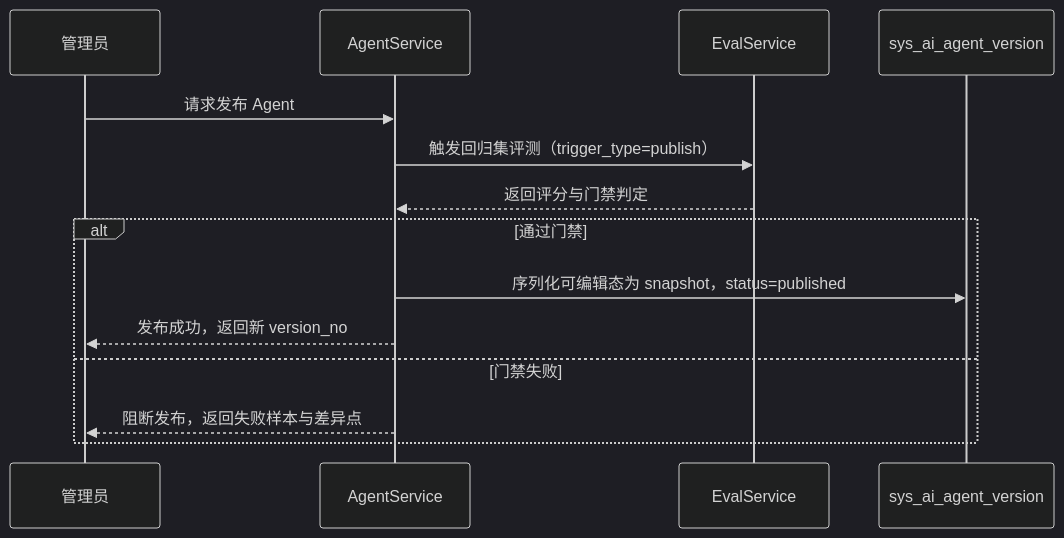
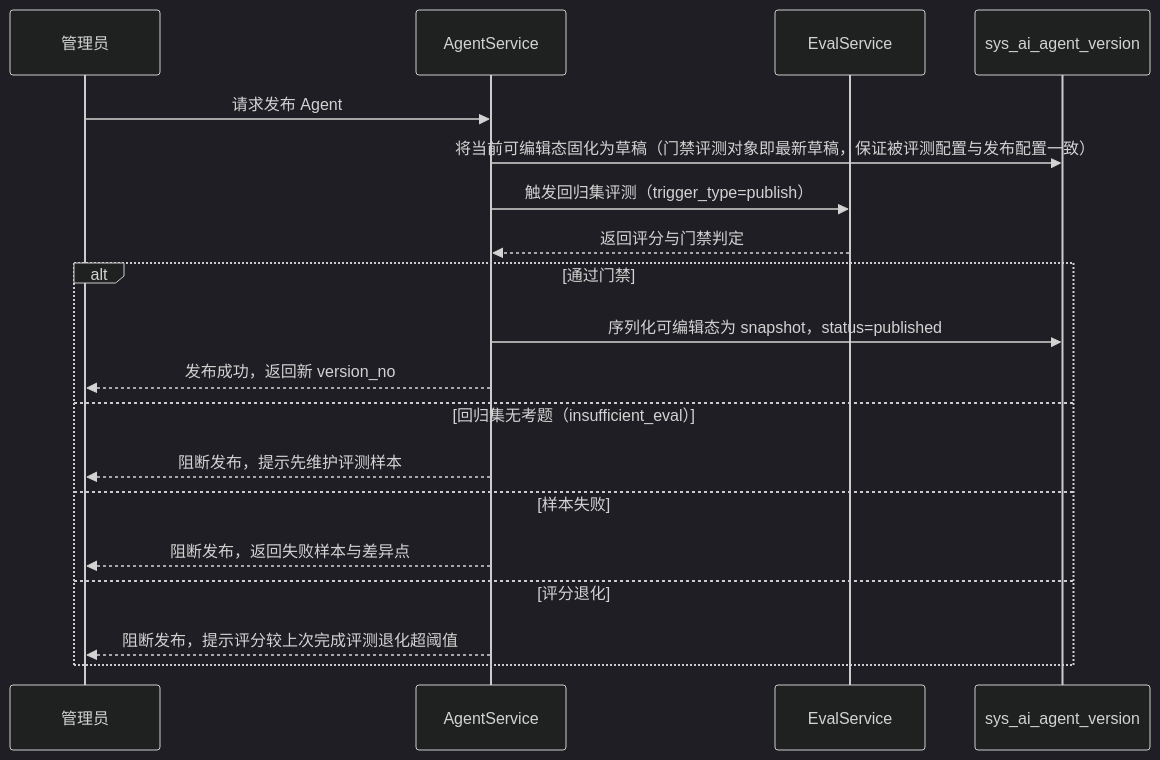
One commit to earthy-zinc/dehaze-system changed the fourth of 7 diagrams in dehaze-doc/docs/03-模块设计/核心模块/AI对话/智能体管理/后端实现.md. Above: the diagram before and after it, drawn with Mermaid (dark theme). The commit also changed other lines of this file and 2348 other files, not shown here.

````diff
--- a/dehaze-doc/docs/03-模块设计/核心模块/AI对话/智能体管理/后端实现.md
+++ b/dehaze-doc/docs/03-模块设计/核心模块/AI对话/智能体管理/后端实现.md
@@ -321,16 +335,21 @@
 ```mermaid
 sequenceDiagram
     participant Admin as 管理员
     participant AgentSvc as AgentService
     participant EvalSvc as EvalService
     participant Ver as sys_ai_agent_version
     Admin->>AgentSvc: 请求发布 Agent
+    AgentSvc->>Ver: 将当前可编辑态固化为草稿（门禁评测对象即最新草稿，保证被评测配置与发布配置一致）
     AgentSvc->>EvalSvc: 触发回归集评测（trigger_type=publish）
     EvalSvc-->>AgentSvc: 返回评分与门禁判定
     alt 通过门禁
         AgentSvc->>Ver: 序列化可编辑态为 snapshot，status=published
         AgentSvc-->>Admin: 发布成功，返回新 version_no
-    else 门禁失败
+    else 回归集无考题（insufficient_eval）
+        AgentSvc-->>Admin: 阻断发布，提示先维护评测样本
+    else 样本失败
         AgentSvc-->>Admin: 阻断发布，返回失败样本与差异点
+    else 评分退化
+        AgentSvc-->>Admin: 阻断发布，提示评分较上次完成评测退化超阈值
     end
 ```
````
